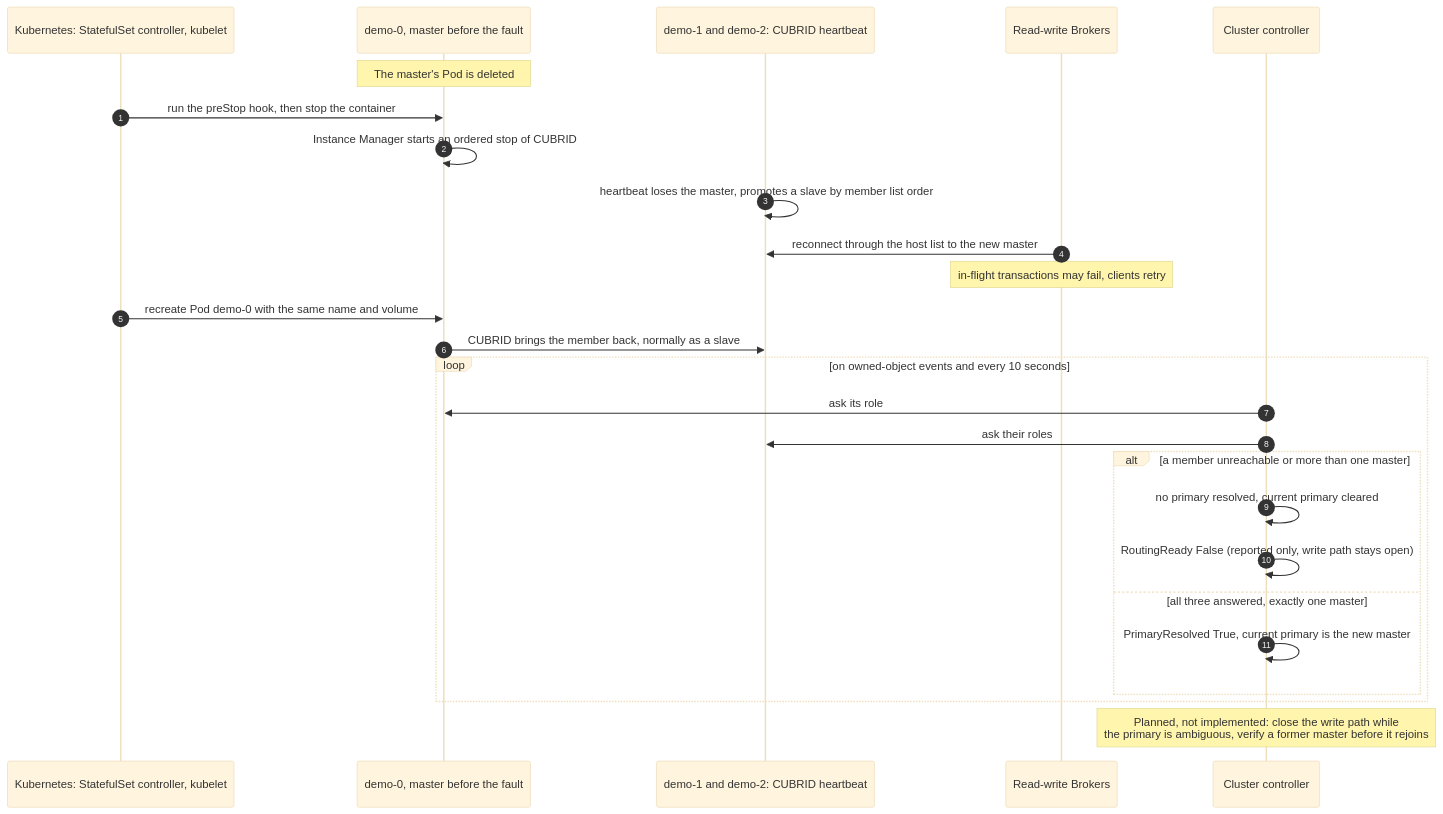
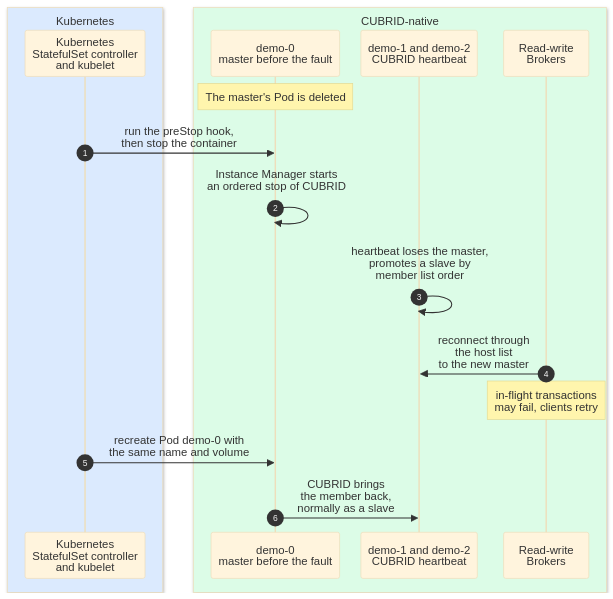
One commit to cubrid-lab/cubrid-kubernetes-operator changed the first of 2 diagrams in docs/architecture/failure-recovery.md. Above: the diagram before and after it, drawn with Mermaid (base theme). The commit also changed other lines of this file and 4 other files, not shown here.

First line of the commit message:
docs(architecture): make the diagrams readable on GitHub and cite code by symbol (#653)

````diff
--- a/docs/architecture/failure-recovery.md
+++ b/docs/architecture/failure-recovery.md
@@ -21,29 +29,22 @@
 ```mermaid
+%%{init: {"sequence": {"actorMargin": 30, "width": 120}}}%%
 sequenceDiagram
     autonumber
-    participant K8S as Kubernetes: StatefulSet controller, kubelet
-    participant OLD as demo-0, master before the fault
-    participant HA as demo-1 and demo-2: CUBRID heartbeat
-    participant BRW as Read-write Brokers
-    participant CC as Cluster controller
+    box rgb(219,234,254) Kubernetes
+        participant K8S as Kubernetes<br/>StatefulSet controller<br/>and kubelet
+    end
+    box rgb(220,252,231) CUBRID-native
+        participant OLD as demo-0<br/>master before the fault
+        participant HA as demo-1 and demo-2<br/>CUBRID heartbeat
+        participant BRW as Read-write<br/>Brokers
+    end
 
     Note over OLD: The master's Pod is deleted
-    K8S->>OLD: run the preStop hook, then stop the container
-    OLD->>OLD: Instance Manager starts an ordered stop of CUBRID
-    HA->>HA: heartbeat loses the master, promotes a slave by member list order
-    BRW->>HA: reconnect through the host list to the new master
-    Note over BRW: in-flight transactions may fail, clients retry
-    K8S->>OLD: recreate Pod demo-0 with the same name and volume
-    OLD->>HA: CUBRID brings the member back, normally as a slave
-    loop on owned-object events and every 10 seconds
-        CC->>OLD: ask its role
-        CC->>HA: ask their roles
-        alt a member unreachable or more than one master
-            CC->>CC: no primary resolved, current primary cleared
-            CC->>CC: RoutingReady False (reported only, write path stays open)
-        else all three answered, exactly one master
-            CC->>CC: PrimaryResolved True, current primary is the new master
-        end
-    end
-    Note over CC: Planned, not implemented: close the write path while<br/>the primary is ambiguous, verify a former master before it rejoins
+    K8S->>OLD: run the preStop hook,<br/>then stop the container
+    OLD->>OLD: Instance Manager starts<br/>an ordered stop of CUBRID<br/>#nbsp;
+    HA->>HA: heartbeat loses the master,<br/>promotes a slave by<br/>member list order<br/>#nbsp;
+    BRW->>HA: reconnect through<br/>the host list<br/>to the new master
+    Note over BRW: in-flight transactions<br/>may fail, clients retry
+    K8S->>OLD: recreate Pod demo-0 with<br/>the same name and volume
+    OLD->>HA: CUBRID brings<br/>the member back,<br/>normally as a slave
 ```
````
